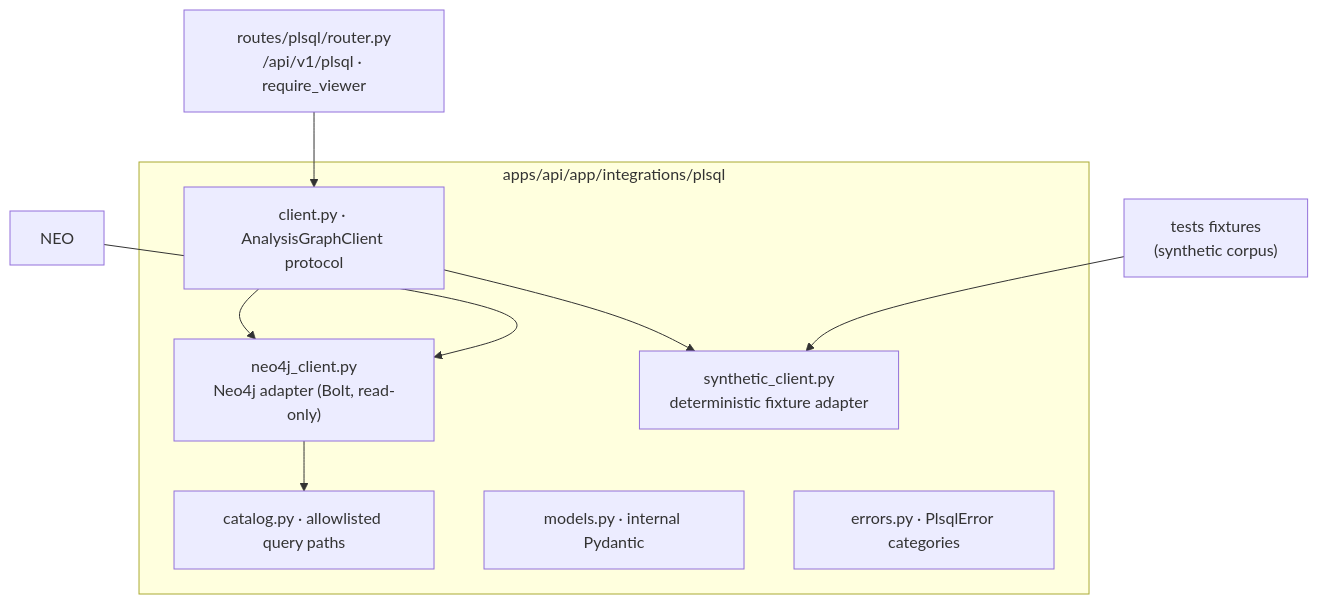
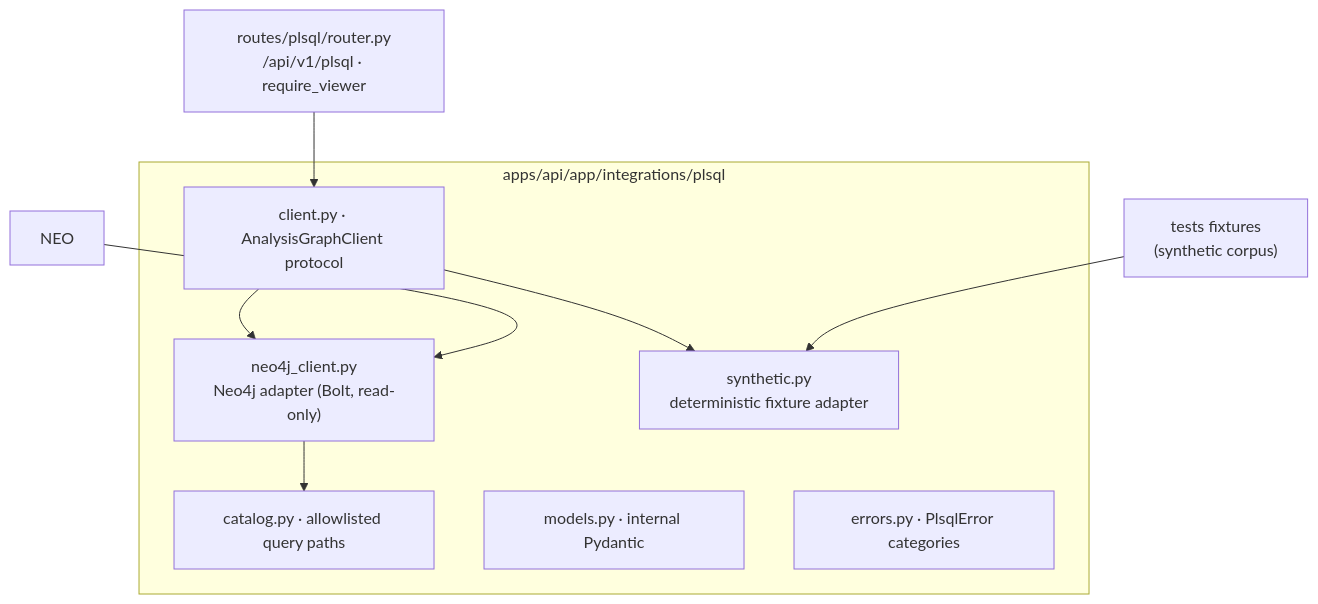
Before and after one commit to oortiz-plana/poc-la-graph: the second of 2 diagrams in docs/architecture/plsql-analysis-console.md, drawn with Mermaid. The commit also changed other lines of this file and 9 other files, not shown here.

````diff
--- a/docs/architecture/plsql-analysis-console.md
+++ b/docs/architecture/plsql-analysis-console.md
@@ -196,20 +197,20 @@
 ```mermaid
 flowchart TB
     R["routes/plsql/router.py<br/>/api/v1/plsql · require_viewer"]
 
     subgraph Integration["apps/api/app/integrations/plsql"]
         P["client.py · AnalysisGraphClient protocol"]
         NEOAD["neo4j_client.py<br/>Neo4j adapter (Bolt, read-only)"]
-        SYN["synthetic_client.py<br/>deterministic fixture adapter"]
+        SYN["synthetic.py<br/>deterministic fixture adapter"]
         CAT["catalog.py · allowlisted query paths"]
         M["models.py · internal Pydantic"]
         E["errors.py · PlsqlError categories"]
     end
 
     R --> P
     P --> NEOAD
     P --> SYN
     NEOAD --> CAT
     NEO --> NEOAD
     FIX["tests fixtures<br/>(synthetic corpus)"] --> SYN
 ```
````
